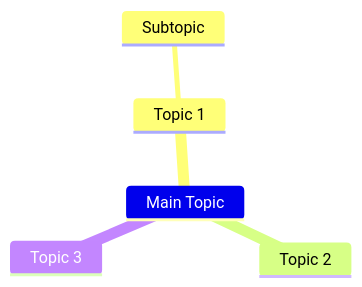
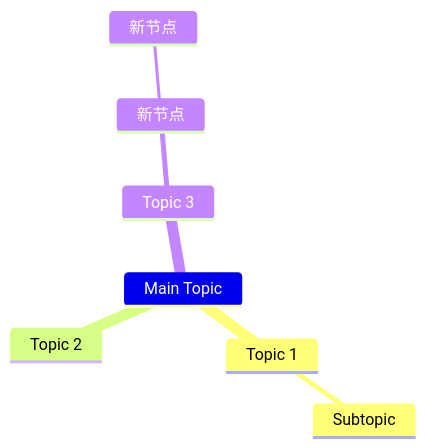
The diagram in mmd/233_62e732d6-279a-49c4-8cc4-1713fc0f8396.mmd (pingpm/mermaid_vault), drawn with Mermaid before and after one commit. The commit also changed 2 other files, not shown here.

Commit message:
Sync Mermaid Studio data (6 diagrams)

```diff
--- a/mmd/233_62e732d6-279a-49c4-8cc4-1713fc0f8396.mmd
+++ b/mmd/233_62e732d6-279a-49c4-8cc4-1713fc0f8396.mmd
@@ -1,6 +1,8 @@
 mindmap
   Main Topic
     Topic 1
       Subtopic
     Topic 2
     Topic 3
+      新节点
+        新节点
```
